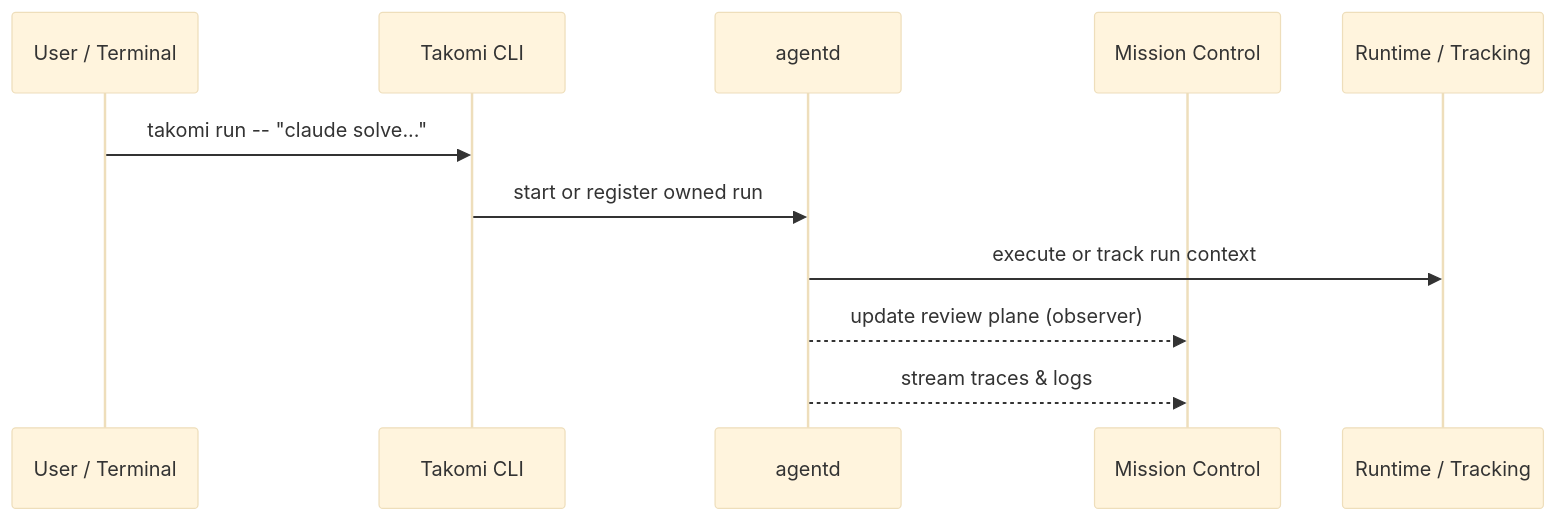
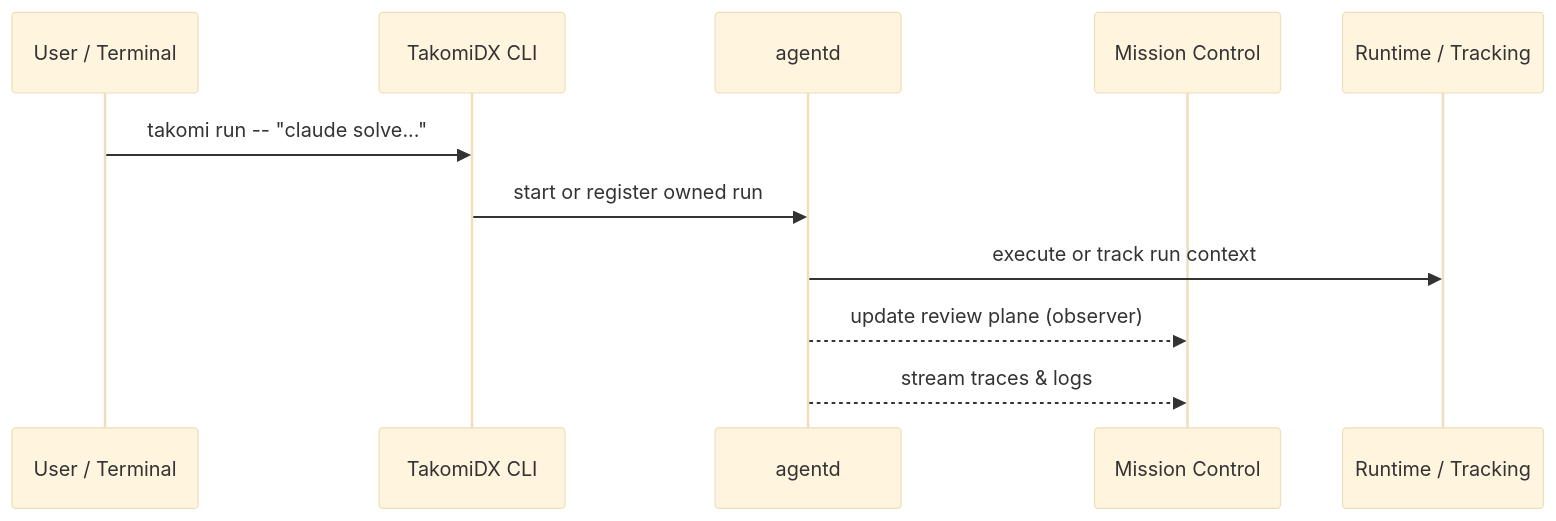
The second of 4 diagrams in docs/features/TakomiDX_Agent_Workspace_Platform_Spec.md (JStaRFilms/TakomiDX), drawn with Mermaid (base theme) before and after one commit. The commit also changed other lines of this file and 14 other files, not shown here.

````diff
--- a/docs/features/TakomiDX_Agent_Workspace_Platform_Spec.md
+++ b/docs/features/TakomiDX_Agent_Workspace_Platform_Spec.md
@@ -512,14 +512,14 @@
 ```mermaid
 sequenceDiagram
     participant U as User / Terminal
-    participant CLI as Takomi CLI
+    participant CLI as TakomiDX CLI
     participant AD as agentd
     participant MC as Mission Control
     participant RT as Runtime / Tracking
 
     U->>CLI: takomi run -- "claude solve..."
     CLI->>AD: start or register owned run
     AD->>RT: execute or track run context
     AD-->>MC: update review plane (observer)
     AD-->>MC: stream traces & logs
 ```
````
